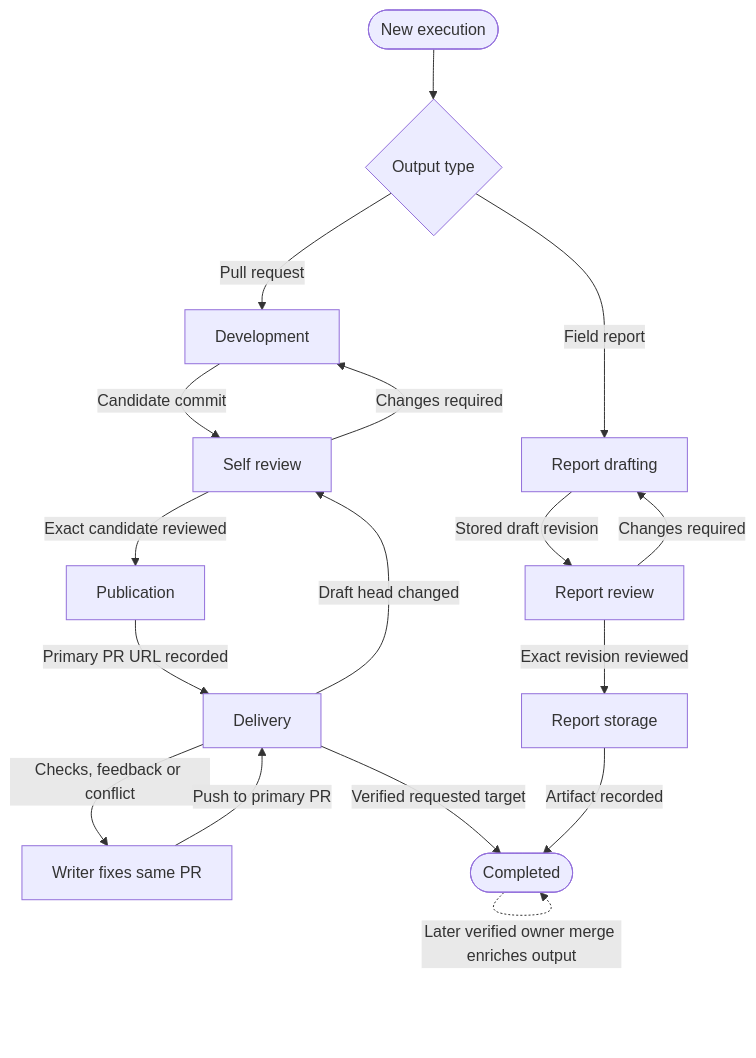
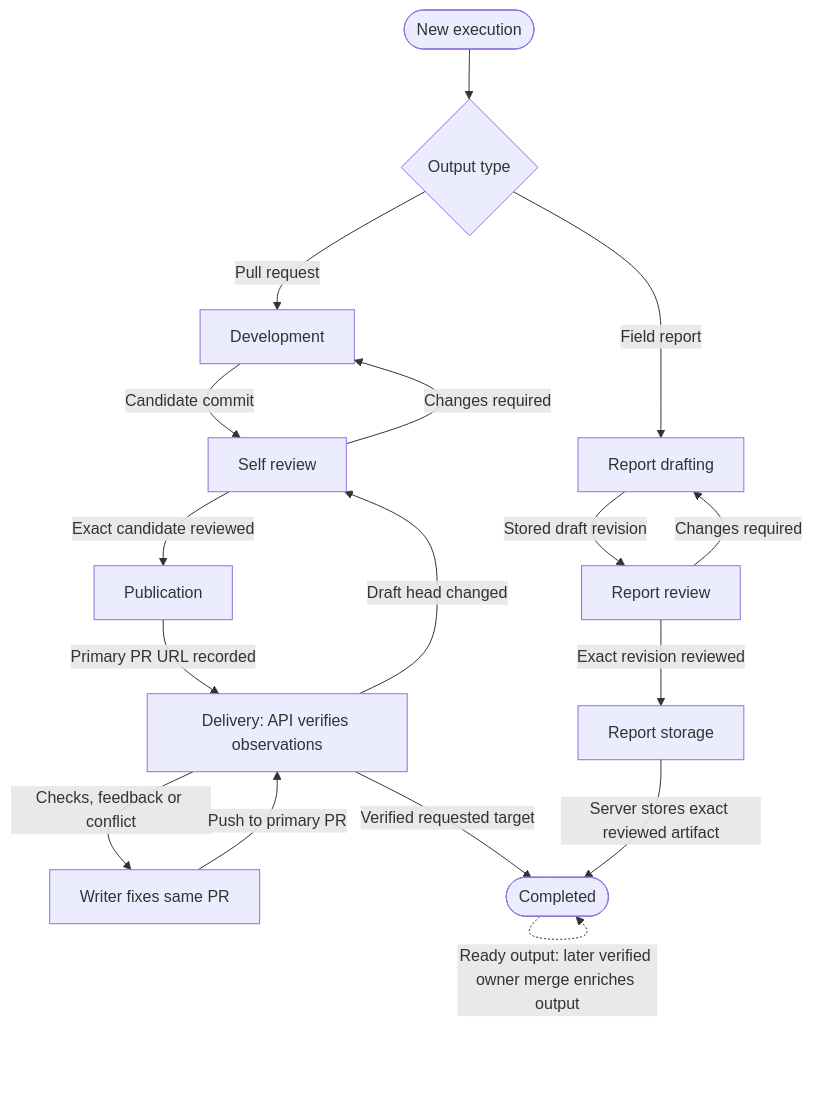
One commit to caltseng/phalanx changed the first of 2 diagrams in STATE_MACHINE.md. Above: the diagram before and after it, drawn with Mermaid. The commit also changed other lines of this file and 22 other files, not shown here.

First line of the commit message:
docs: audit relay-free direct-session architecture

````diff
--- a/STATE_MACHINE.md
+++ b/STATE_MACHINE.md
@@ -22,19 +25,21 @@
 ```mermaid
 flowchart TD
+    accTitle: Direct PR and report lifecycle
+    accDescr: One writer develops, self-reviews and publishes a primary PR. Reconciler observations verify delivery. Reports use drafting, exact-revision review and server storage. Findings loop back without a separate PR executor.
     Start([New execution]) --> Kind{Output type}
     Kind -->|Pull request| Dev[Development]
     Kind -->|Field report| Draft[Report drafting]
     Dev -->|Candidate commit| Self[Self review]
     Self -->|Changes required| Dev
     Self -->|Exact candidate reviewed| Publish[Publication]
-    Publish -->|Primary PR URL recorded| Deliver[Delivery]
+    Publish -->|Primary PR URL recorded| Deliver[Delivery: API verifies observations]
     Deliver -->|Checks, feedback or conflict| Fix[Writer fixes same PR]
     Fix -->|Push to primary PR| Deliver
     Deliver -->|Draft head changed| Self
     Deliver -->|Verified requested target| Done([Completed])
     Draft -->|Stored draft revision| ReportReview[Report review]
     ReportReview -->|Changes required| Draft
     ReportReview -->|Exact revision reviewed| Store[Report storage]
-    Store -->|Artifact recorded| Done
-    Done -.->|Later verified owner merge enriches output| Done
+    Store -->|Server stores exact reviewed artifact| Done
+    Done -.->|Ready output: later verified owner merge enriches output| Done
 ```
````
